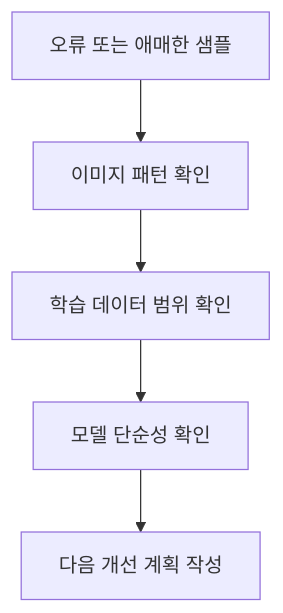
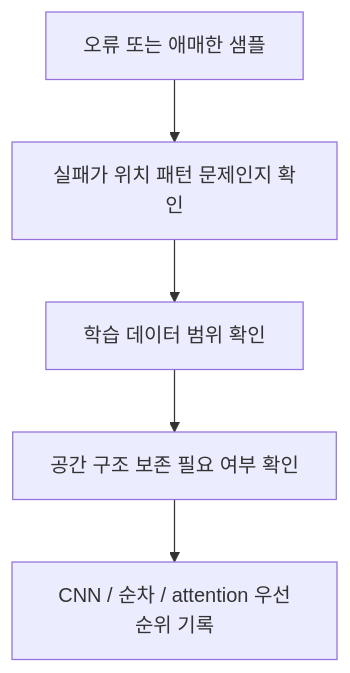
One commit to devchan64/AiBook changed the diagram in docs/parts/part-07/chapter-03/section-02.md. Above: the diagram before and after it, drawn with Mermaid. The commit also changed other lines of this file and 22 other files, not shown here.

Commit message:
Refine Part 7 practice table of contents flow

````diff
--- a/docs/parts/part-07/chapter-03/section-02.md
+++ b/docs/parts/part-07/chapter-03/section-02.md
@@ -92,10 +100,10 @@
 ```mermaid
 flowchart TD
   A["오류 또는 애매한 샘플"]
-  B["이미지 패턴 확인"]
+  B["실패가 위치 패턴 문제인지 확인"]
   C["학습 데이터 범위 확인"]
-  D["모델 단순성 확인"]
-  E["다음 개선 계획 작성"]
+  D["공간 구조 보존 필요 여부 확인"]
+  E["CNN / 순차 / attention 우선순위 기록"]
 
   A --> B --> C --> D --> E
 ```
````
